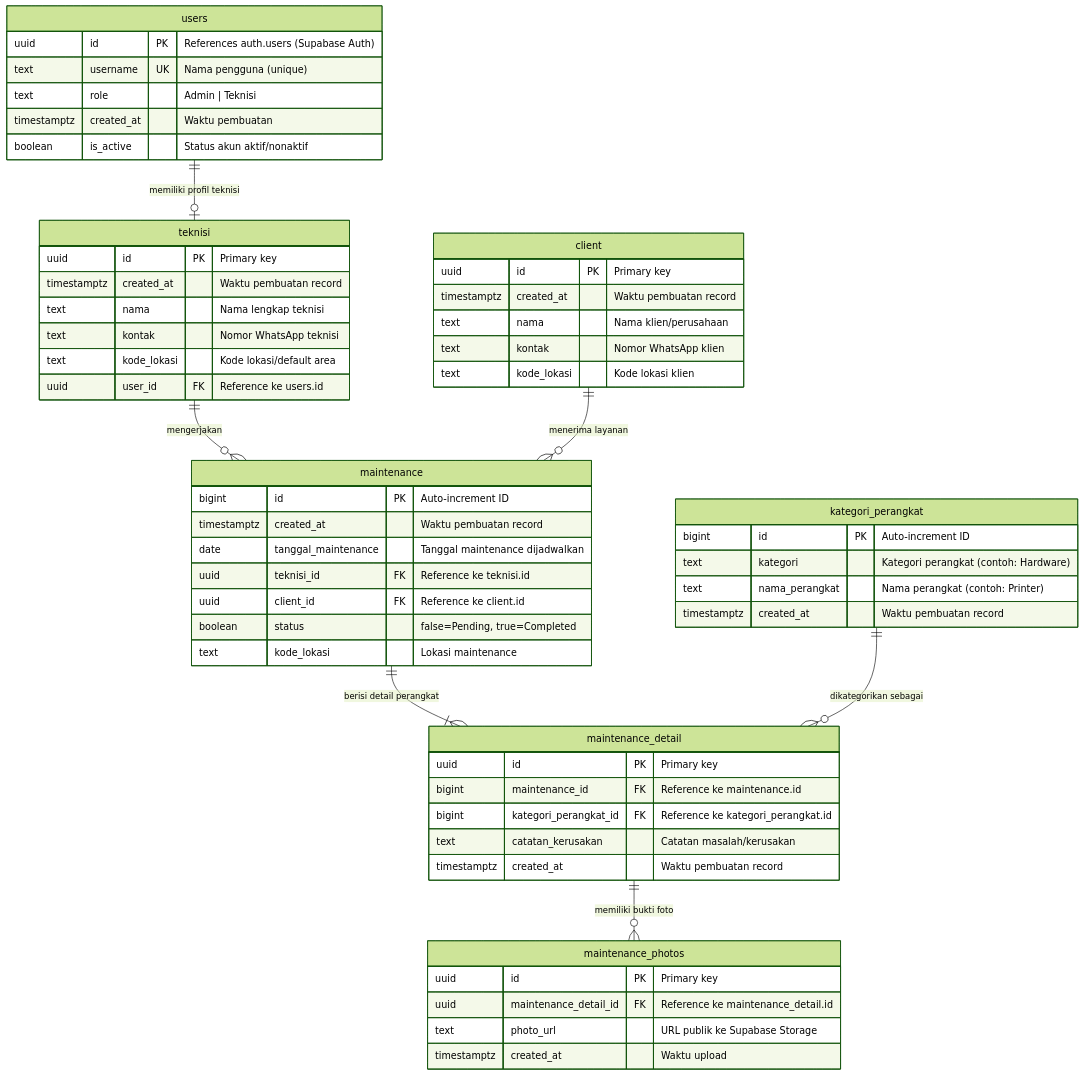
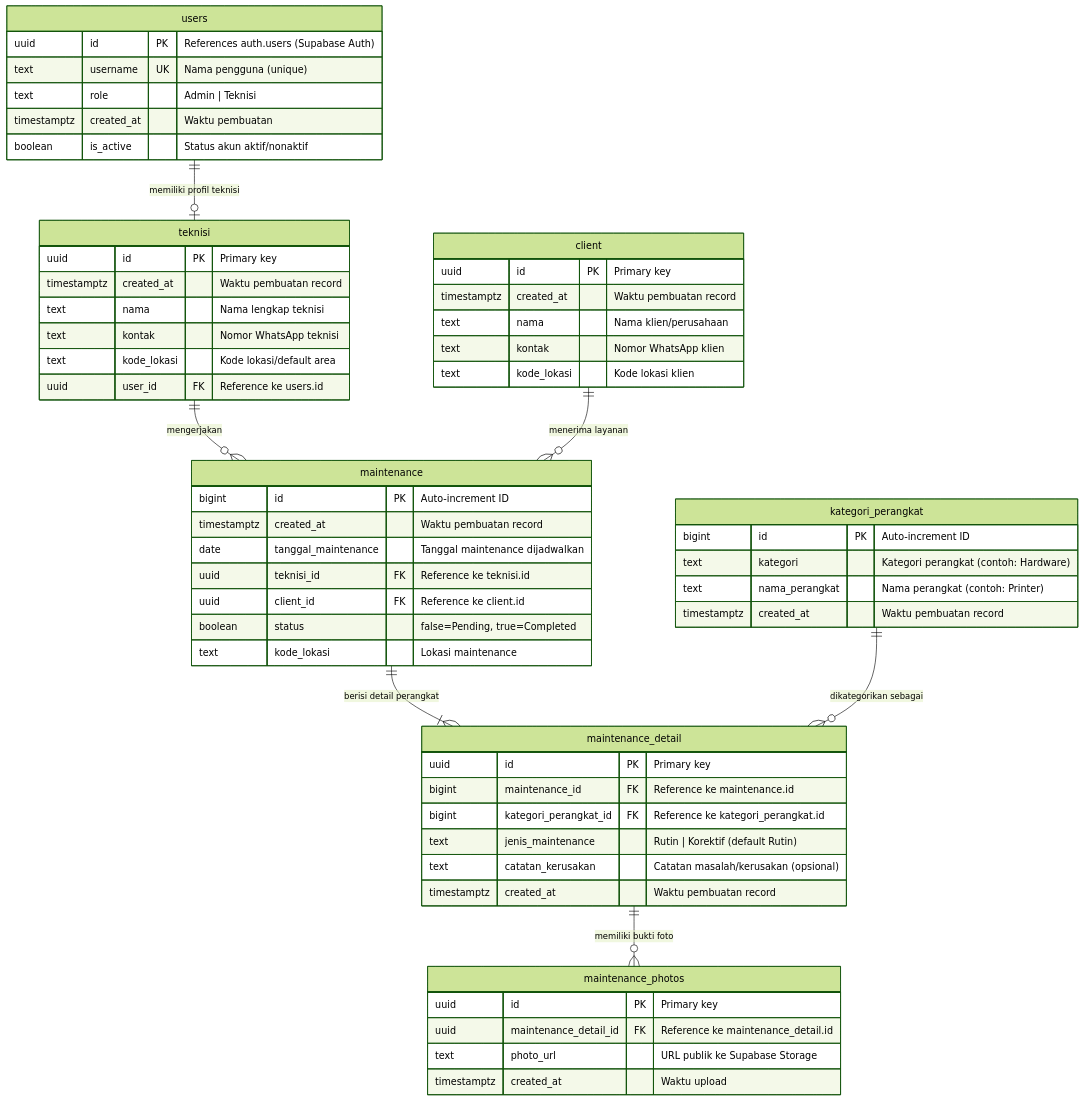
The diagram in Docs/03-Skema-Database.md (rokifran/TugasAkhir), drawn with Mermaid (forest theme) before and after one commit. The commit also changed other lines of this file and 11 other files, not shown here.

````diff
--- a/Docs/03-Skema-Database.md
+++ b/Docs/03-Skema-Database.md
@@ -5,66 +5,67 @@
 ```mermaid
 erDiagram
     users ||--o| teknisi : "memiliki profil teknisi"
     teknisi ||--o{ maintenance : "mengerjakan"
     client ||--o{ maintenance : "menerima layanan"
     maintenance ||--|{ maintenance_detail : "berisi detail perangkat"
     kategori_perangkat ||--o{ maintenance_detail : "dikategorikan sebagai"
     maintenance_detail ||--o{ maintenance_photos : "memiliki bukti foto"
 
     users {
         uuid id PK "References auth.users (Supabase Auth)"
         text username UK "Nama pengguna (unique)"
         text role "Admin | Teknisi"
         timestamptz created_at "Waktu pembuatan"
         boolean is_active "Status akun aktif/nonaktif"
     }
 
     teknisi {
         uuid id PK "Primary key"
         timestamptz created_at "Waktu pembuatan record"
         text nama "Nama lengkap teknisi"
         text kontak "Nomor WhatsApp teknisi"
         text kode_lokasi "Kode lokasi/default area"
         uuid user_id FK "Reference ke users.id"
     }
 
     client {
         uuid id PK "Primary key"
         timestamptz created_at "Waktu pembuatan record"
         text nama "Nama klien/perusahaan"
         text kontak "Nomor WhatsApp klien"
         text kode_lokasi "Kode lokasi klien"
     }
 
     maintenance {
         bigint id PK "Auto-increment ID"
         timestamptz created_at "Waktu pembuatan record"
         date tanggal_maintenance "Tanggal maintenance dijadwalkan"
         uuid teknisi_id FK "Reference ke teknisi.id"
         uuid client_id FK "Reference ke client.id"
         boolean status "false=Pending, true=Completed"
         text kode_lokasi "Lokasi maintenance"
     }
 
     maintenance_detail {
         uuid id PK "Primary key"
         bigint maintenance_id FK "Reference ke maintenance.id"
         bigint kategori_perangkat_id FK "Reference ke kategori_perangkat.id"
-        text catatan_kerusakan "Catatan masalah/kerusakan"
+        text jenis_maintenance "Rutin | Korektif (default Rutin)"
+        text catatan_kerusakan "Catatan masalah/kerusakan (opsional)"
         timestamptz created_at "Waktu pembuatan record"
     }
 
     maintenance_photos {
         uuid id PK "Primary key"
         uuid maintenance_detail_id FK "Reference ke maintenance_detail.id"
         text photo_url "URL publik ke Supabase Storage"
         timestamptz created_at "Waktu upload"
     }
 
     kategori_perangkat {
         bigint id PK "Auto-increment ID"
         text kategori "Kategori perangkat (contoh: Hardware)"
         text nama_perangkat "Nama perangkat (contoh: Printer)"
         timestamptz created_at "Waktu pembuatan record"
     }
 ```
````
